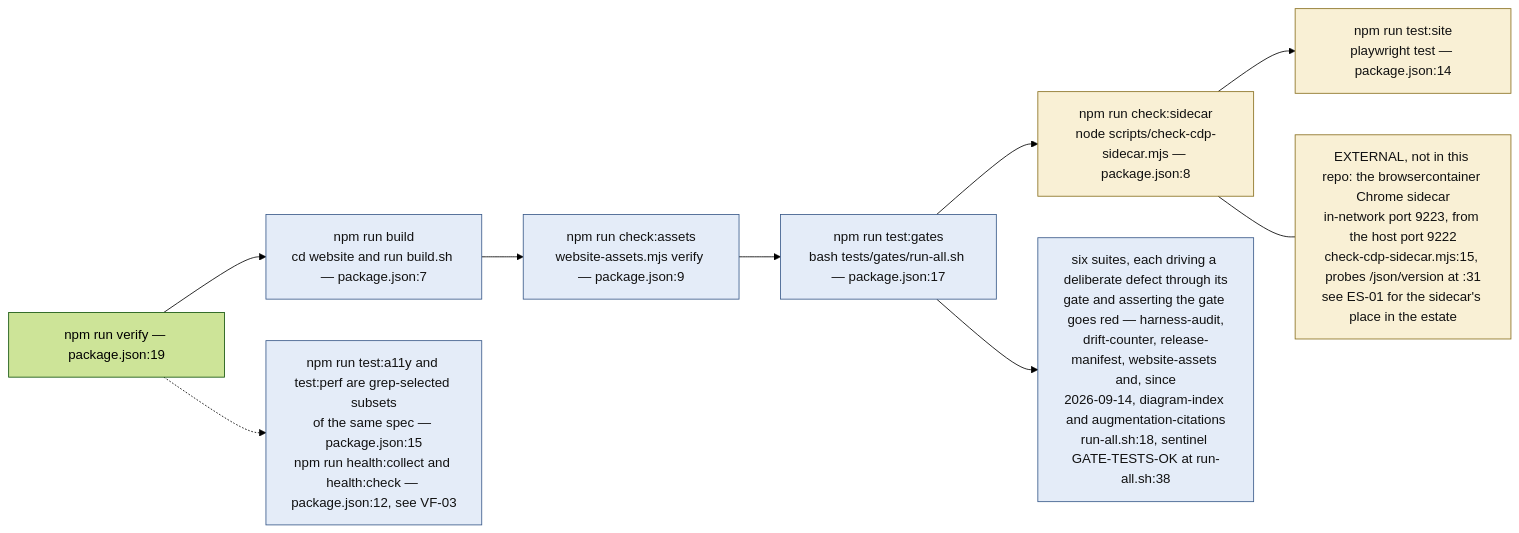
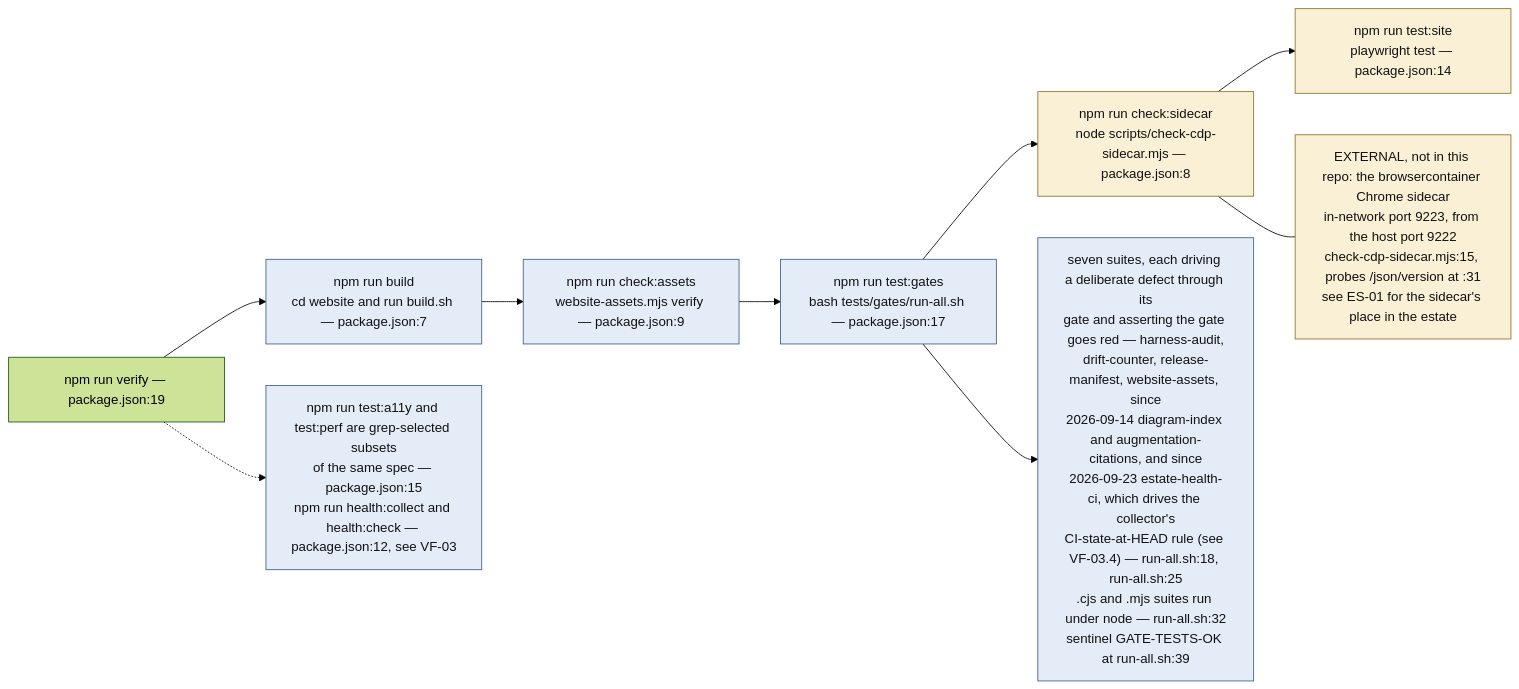
The ninth of 12 diagrams in docs/diagrams/visionflow/02-website-build-and-deploy.md (DreamLab-AI/VisionFlow), drawn with Mermaid (forest theme) before and after one commit. The commit also changed other lines of this file and 94 other files, not shown here.

First line of the commit message:
docs(diagrams): re-verify 130 topics against 2 October HEADs

````diff
--- a/docs/diagrams/visionflow/02-website-build-and-deploy.md
+++ b/docs/diagrams/visionflow/02-website-build-and-deploy.md
@@ -268,20 +273,20 @@
 ```mermaid
 flowchart LR
     classDef step fill:#e4ecf8,stroke:#3a5a8a,color:#111
     classDef needs fill:#f9f0d5,stroke:#8a7020,color:#111
 
     V["npm run verify — package.json:19"]
     V --> S1["npm run build<br/>cd website and run build.sh — package.json:7"]:::step
     S1 --> S2["npm run check:assets<br/>website-assets.mjs verify — package.json:9"]:::step
     S2 --> S3["npm run test:gates<br/>bash tests/gates/run-all.sh — package.json:17"]:::step
     S3 --> S4["npm run check:sidecar<br/>node scripts/check-cdp-sidecar.mjs — package.json:8"]:::needs
     S4 --> S5["npm run test:site<br/>playwright test — package.json:14"]:::needs
 
-    S3 --> SUITES["six suites, each driving a deliberate defect through its<br/>gate and asserting the gate goes red — harness-audit,<br/>drift-counter, release-manifest, website-assets and, since<br/>2026-09-14, diagram-index and augmentation-citations<br/>run-all.sh:18, sentinel GATE-TESTS-OK at run-all.sh:38"]:::step
+    S3 --> SUITES["seven suites, each driving a deliberate defect through its<br/>gate and asserting the gate goes red — harness-audit,<br/>drift-counter, release-manifest, website-assets, since<br/>2026-09-14 diagram-index and augmentation-citations, and since<br/>2026-09-23 estate-health-ci, which drives the collector's<br/>CI-state-at-HEAD rule (see VF-03.4) — run-all.sh:18, run-all.sh:25<br/>.cjs and .mjs suites run under node — run-all.sh:32<br/>sentinel GATE-TESTS-OK at run-all.sh:39"]:::step
 
     SIDE["EXTERNAL, not in this repo: the browsercontainer Chrome sidecar<br/>in-network port 9223, from the host port 9222<br/>check-cdp-sidecar.mjs:15, probes /json/version at :31<br/>see ES-01 for the sidecar's place in the estate"]:::needs
     S4 --- SIDE
 
     OTHER["npm run test:a11y and test:perf are grep-selected subsets<br/>of the same spec — package.json:15<br/>npm run health:collect and health:check — package.json:12, see VF-03"]:::step
     V -.-> OTHER
 ```
````
